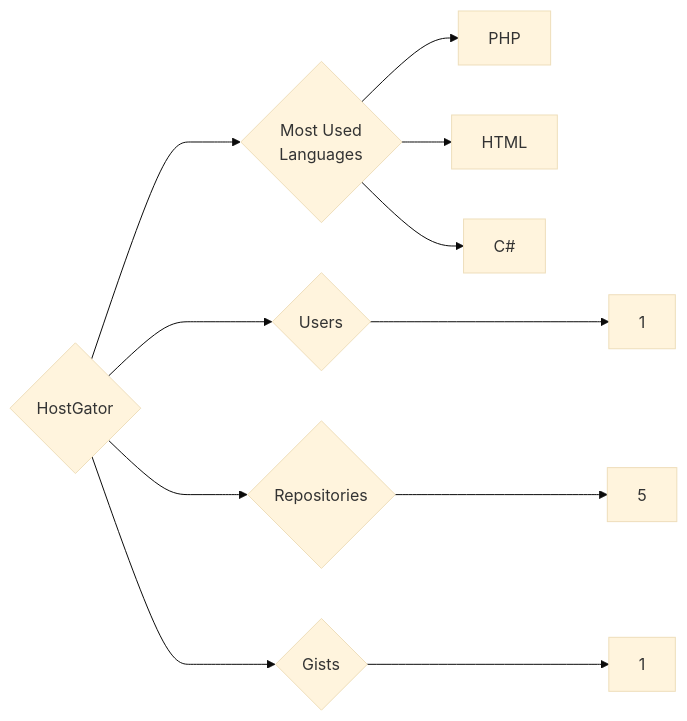
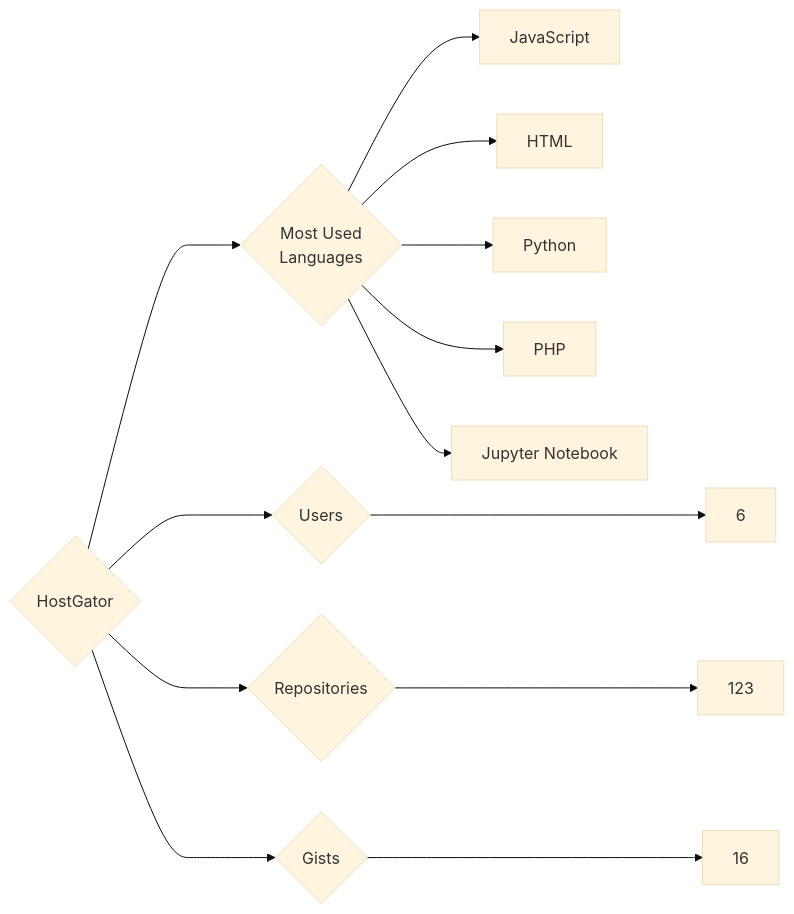
One commit to trickest/insiders changed the diagram in targets/HostGator/README.md. Above: the diagram before and after it, drawn with Mermaid (base theme). The commit also changed 912 other files, not shown here.

````diff
--- a/targets/HostGator/README.md
+++ b/targets/HostGator/README.md
@@ -3,11 +3,13 @@
 ```mermaid
 graph LR
 COMPANY_NAME{HostGator}
-COMPANY_NAME ---> U{Users} ---> UN[1]
-COMPANY_NAME ---> R{Repositories} ---> RN[5]
-COMPANY_NAME ---> G{Gists} ---> GN[1]
+COMPANY_NAME ---> U{Users} ---> UN[6]
+COMPANY_NAME ---> R{Repositories} ---> RN[123]
+COMPANY_NAME ---> G{Gists} ---> GN[16]
 COMPANY_NAME ---> ML{Most Used<br>Languages}
+ML --> JavaScript[JavaScript]
+ML --> HTML[HTML]
+ML --> Python[Python]
 ML --> PHP[PHP]
-ML --> HTML[HTML]
-ML --> C#[C#]
+ML --> Jupyter_Notebook[Jupyter Notebook]
 ```
````
